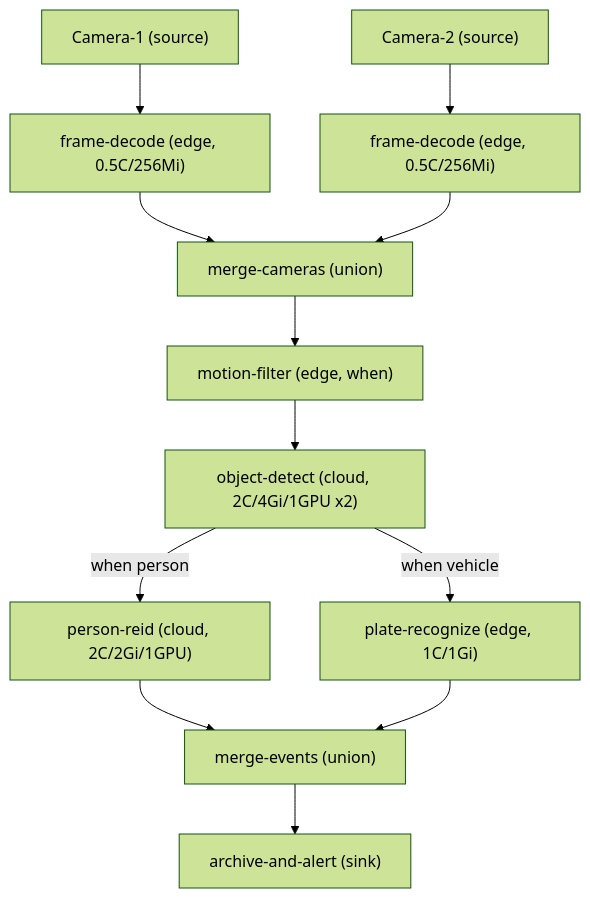
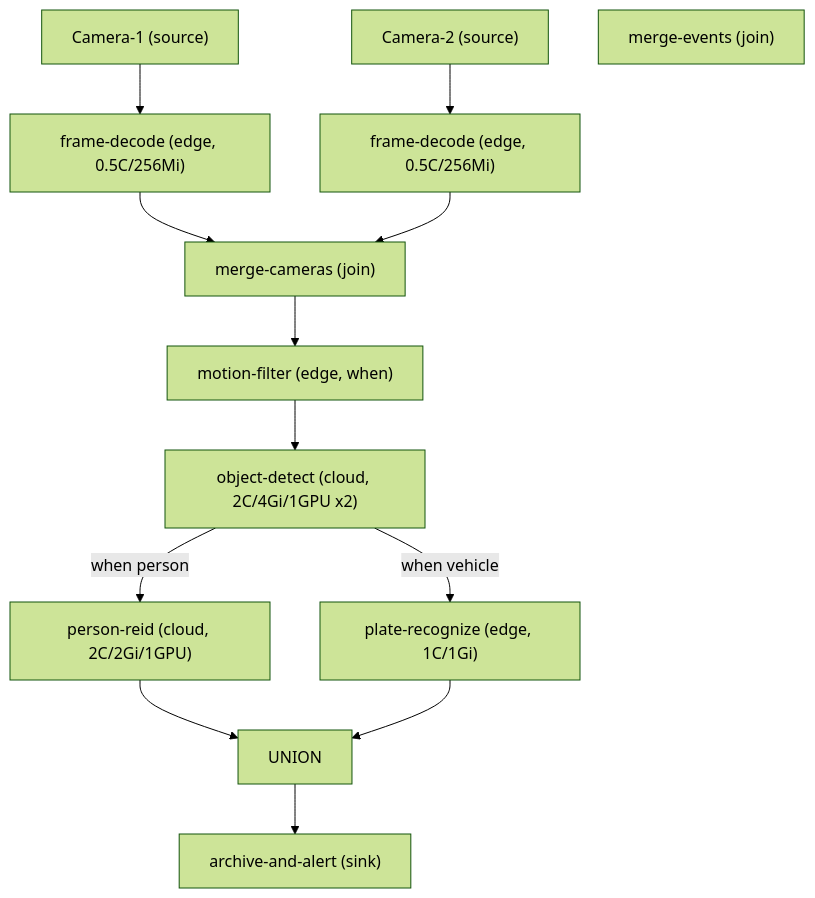
Before and after one commit to Kekwy/iarnet: the diagram in iarnet-example/README.md, drawn with Mermaid (forest theme). The commit also changed other lines of this file and 19 other files, not shown here.

Commit message:
refactor: 将 union 重命名为 join

````diff
--- a/iarnet-example/README.md
+++ b/iarnet-example/README.md
@@ -15,26 +15,26 @@
 ```mermaid
 flowchart TD
     CAM1["Camera-1 (source)"]
     CAM2["Camera-2 (source)"]
     DEC1["frame-decode (edge, 0.5C/256Mi)"]
     DEC2["frame-decode (edge, 0.5C/256Mi)"]
-    MERGE["merge-cameras (union)"]
+    MERGE["merge-cameras (join)"]
     MOTION["motion-filter (edge, when)"]
     DETECT["object-detect (cloud, 2C/4Gi/1GPU x2)"]
     PERSON["person-reid (cloud, 2C/2Gi/1GPU)"]
     VEHICLE["plate-recognize (edge, 1C/1Gi)"]
-    UNION["merge-events (union)"]
+    JOIN["merge-events (join)"]
     SINK["archive-and-alert (sink)"]
 
     CAM1 --> DEC1
     CAM2 --> DEC2
     DEC1 --> MERGE
     DEC2 --> MERGE
     MERGE --> MOTION
     MOTION --> DETECT
     DETECT -->|when person| PERSON
     DETECT -->|when vehicle| VEHICLE
     PERSON --> UNION
     VEHICLE --> UNION
     UNION --> SINK
 ```
````
